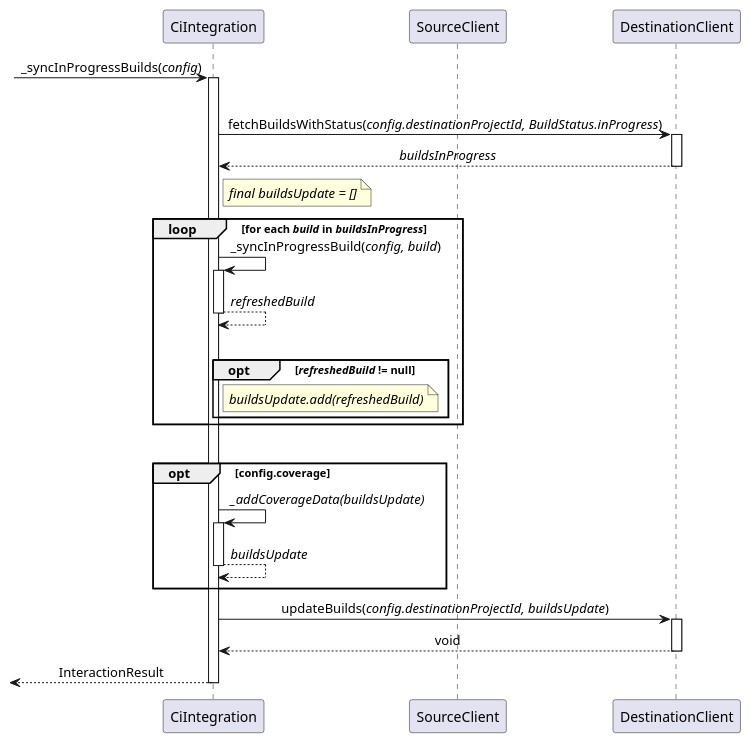
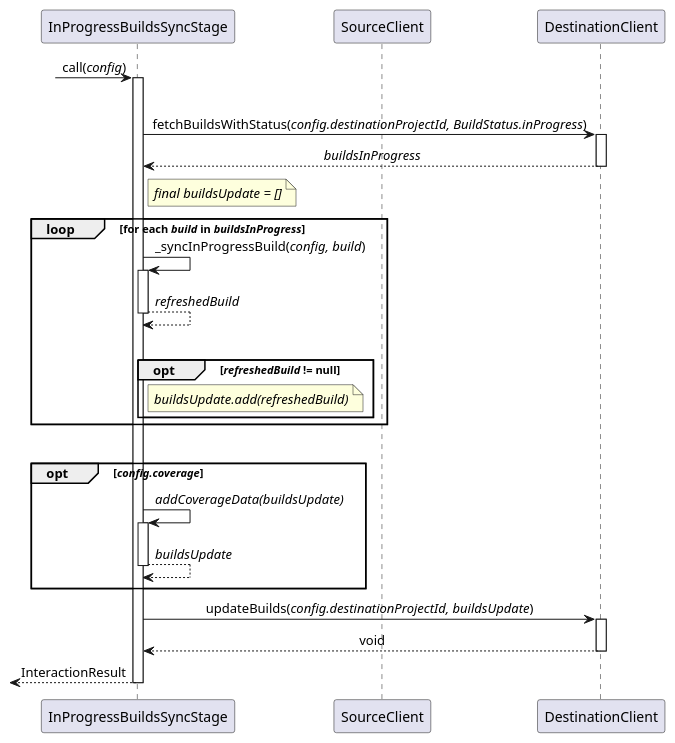
Before and after one commit to Flank/flank-dashboard: the diagram in metrics/ci_integrations/docs/diagrams/resync_builds_stage_sequence_diagram.puml, drawn with PlantUML. The commit also changed 4 other files, not shown here.

```diff
--- a/metrics/ci_integrations/docs/diagrams/resync_builds_stage_sequence_diagram.puml
+++ b/metrics/ci_integrations/docs/diagrams/resync_builds_stage_sequence_diagram.puml
@@ -1,36 +1,36 @@
 @startuml resync_builds_stage_sequence_diagram
 'https://plantuml.com/sequence-diagram
 
 skinparam SequenceMessageAlignment center
 
-participant CiIntegration
+participant InProgressBuildsSyncStage
 participant SourceClient
 participant DestinationClient
 
-?-> CiIntegration ++ : _syncInProgressBuilds(//config//)
+?-> InProgressBuildsSyncStage ++ : call(//config//)
 |||
-CiIntegration -> DestinationClient ++ : fetchBuildsWithStatus(//config.destinationProjectId, BuildStatus.inProgress//)
+InProgressBuildsSyncStage -> DestinationClient ++ : fetchBuildsWithStatus(//config.destinationProjectId, BuildStatus.inProgress//)
 return //buildsInProgress//
-note right of CiIntegration: //final buildsUpdate = []//
+note right of InProgressBuildsSyncStage: //final buildsUpdate = []//
 loop for each //build// in //buildsInProgress//
-    CiIntegration -> CiIntegration ++ : _syncInProgressBuild(//config, build//)
+    InProgressBuildsSyncStage -> InProgressBuildsSyncStage ++ : _syncInProgressBuild(//config, build//)
     return //refreshedBuild//
     |||
     opt //refreshedBuild// != null
-        note right of CiIntegration: //buildsUpdate.add(refreshedBuild)//
+        note right of InProgressBuildsSyncStage: //buildsUpdate.add(refreshedBuild)//
     end
 end
 |||
-opt config.coverage
+opt //config.coverage//
     ||8||
-    CiIntegration -> CiIntegration ++ : //_addCoverageData(buildsUpdate)//
+    InProgressBuildsSyncStage -> InProgressBuildsSyncStage ++ : //addCoverageData(buildsUpdate)//
     return //buildsUpdate//
     ||8||
 end
 
-CiIntegration -> DestinationClient ++ : updateBuilds(//config.destinationProjectId, buildsUpdate//)
+InProgressBuildsSyncStage -> DestinationClient ++ : updateBuilds(//config.destinationProjectId, buildsUpdate//)
 return void
 
 return InteractionResult
 
 @enduml
```
